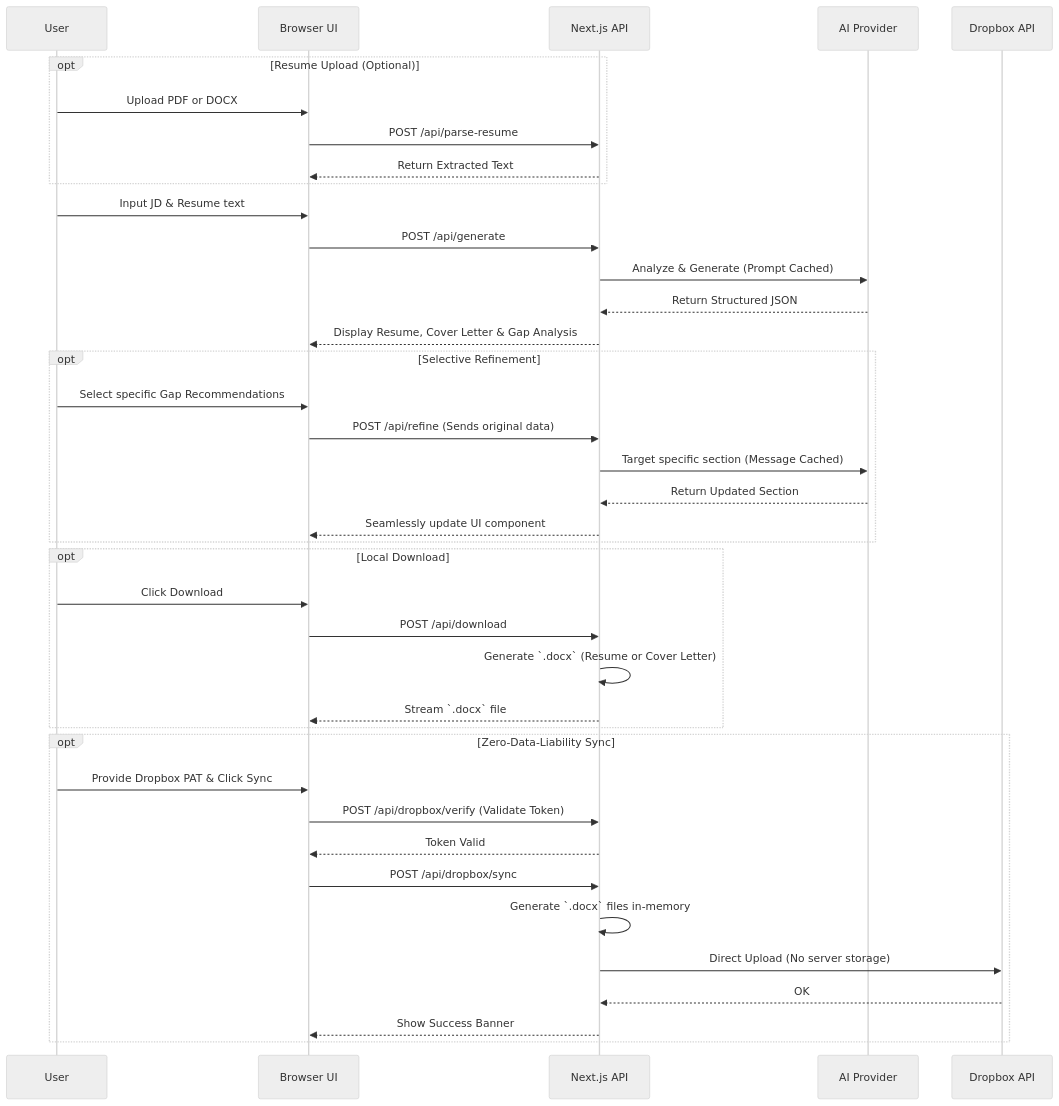
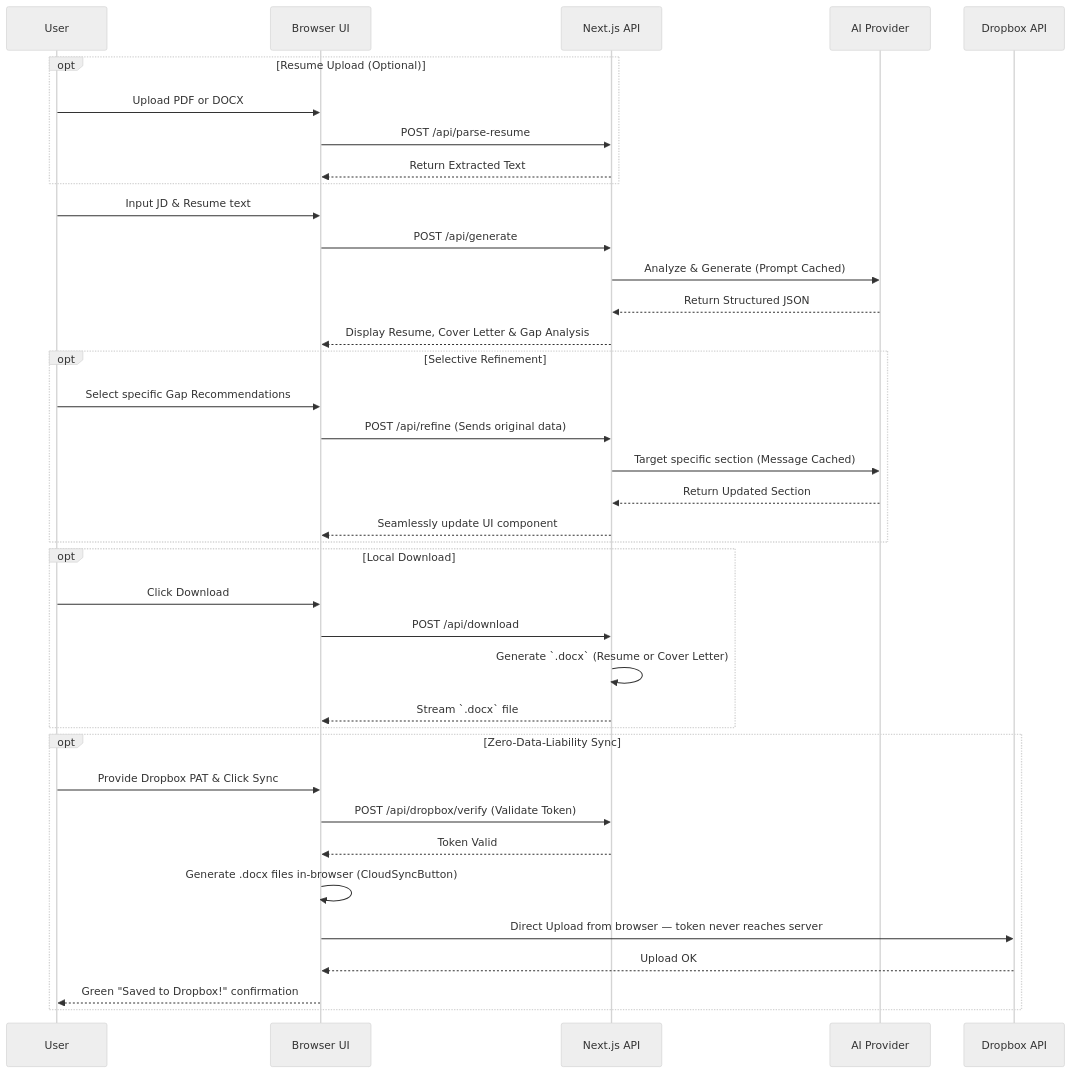
One commit to hardikshukla/resume-builder changed the first of 2 diagrams in README.md. Above: the diagram before and after it, drawn with Mermaid (neutral theme). The commit also changed other lines of this file and 1 other file, not shown here.

Commit message:
docs: update Anthropic model to sonnet-4-6, document Dropbox sync rate limit, and clarify browser-side upload flow and project structure

````diff
--- a/README.md
+++ b/README.md
@@ -97,46 +98,45 @@
 ```mermaid
 sequenceDiagram
     participant U as User
     participant UI as Browser UI
     participant API as Next.js API
     participant LLM as AI Provider
     participant DBX as Dropbox API
 
     opt Resume Upload (Optional)
         U->>UI: Upload PDF or DOCX
         UI->>API: POST /api/parse-resume
         API-->>UI: Return Extracted Text
     end
 
     U->>UI: Input JD & Resume text
     UI->>API: POST /api/generate
     API->>LLM: Analyze & Generate (Prompt Cached)
     LLM-->>API: Return Structured JSON
     API-->>UI: Display Resume, Cover Letter & Gap Analysis
     
     opt Selective Refinement
         U->>UI: Select specific Gap Recommendations
         UI->>API: POST /api/refine (Sends original data)
         API->>LLM: Target specific section (Message Cached)
         LLM-->>API: Return Updated Section
         API-->>UI: Seamlessly update UI component
     end
     
     opt Local Download
         U->>UI: Click Download
         UI->>API: POST /api/download
         API->>API: Generate `.docx` (Resume or Cover Letter)
         API-->>UI: Stream `.docx` file
     end
 
     opt Zero-Data-Liability Sync
         U->>UI: Provide Dropbox PAT & Click Sync
         UI->>API: POST /api/dropbox/verify (Validate Token)
         API-->>UI: Token Valid
-        UI->>API: POST /api/dropbox/sync
-        API->>API: Generate `.docx` files in-memory
-        API->>DBX: Direct Upload (No server storage)
-        DBX-->>API: OK
-        API-->>UI: Show Success Banner
+        UI->>UI: Generate .docx files in-browser (CloudSyncButton)
+        UI->>DBX: Direct Upload from browser — token never reaches server
+        DBX-->>UI: Upload OK
+        UI-->>U: Green "Saved to Dropbox!" confirmation
     end
 ```
````
